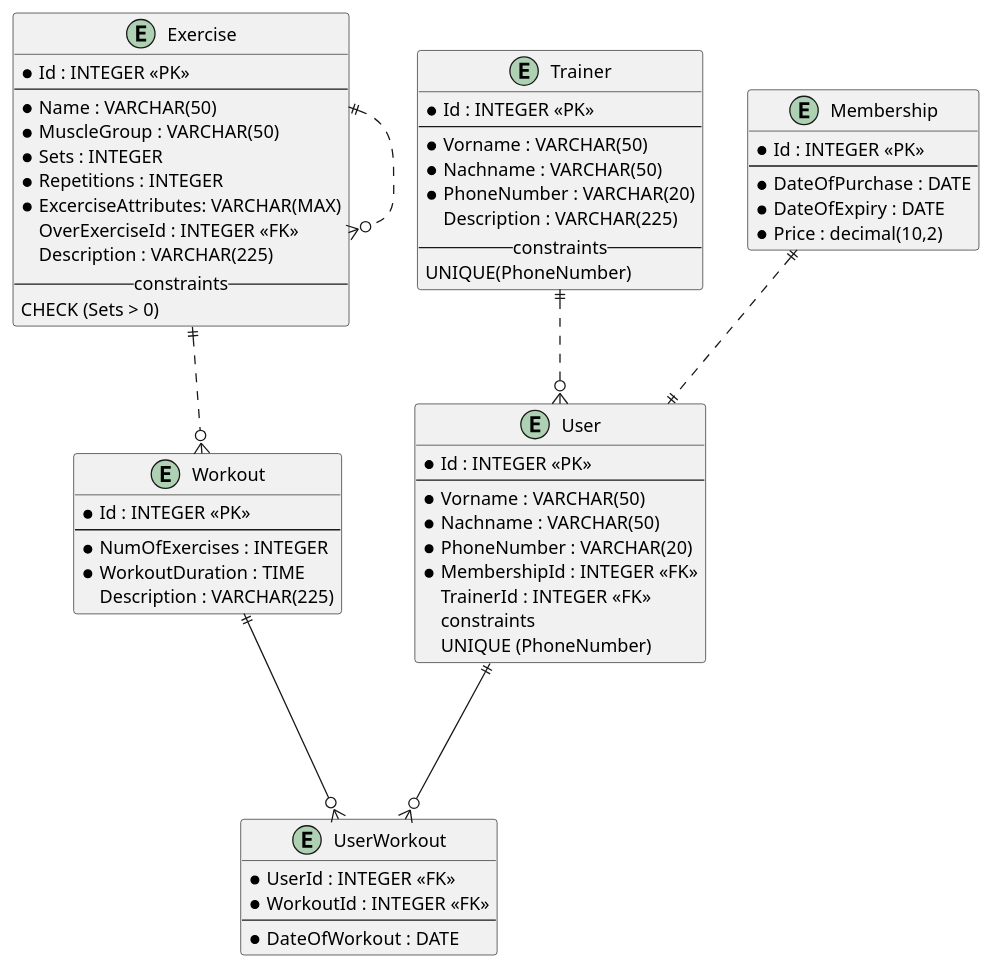
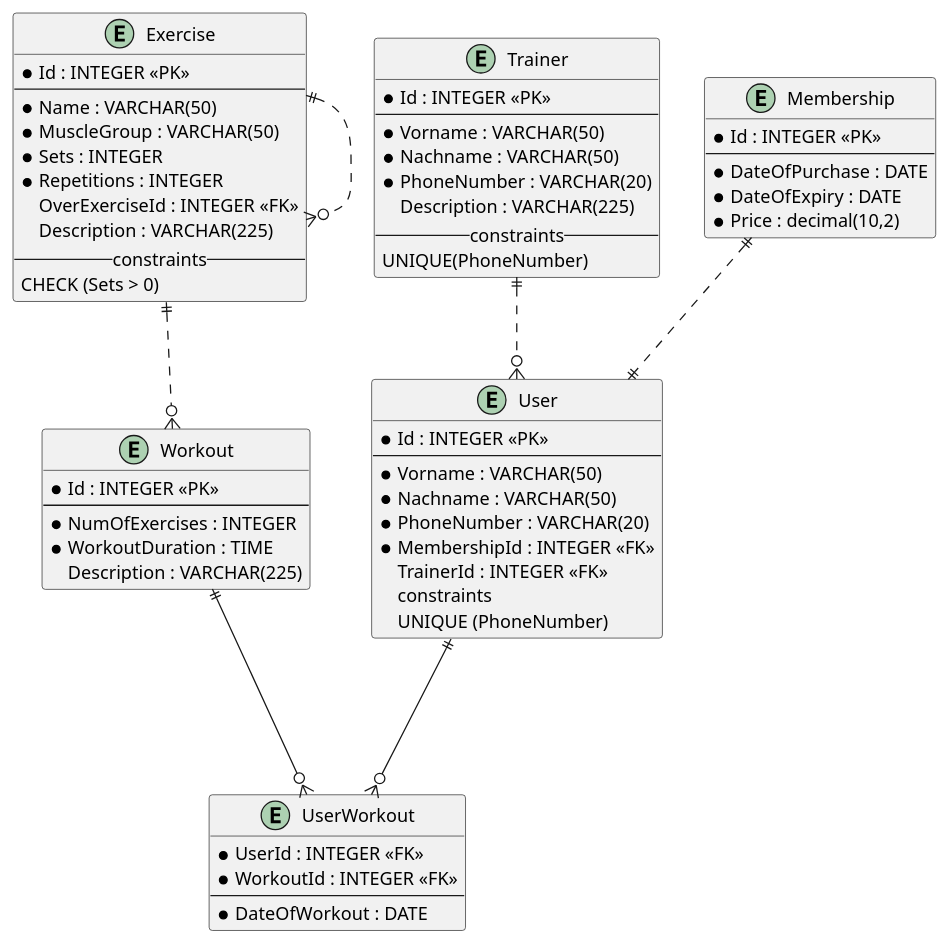
Before and after one commit to PeterMalinowski/FitnessModell: the diagram in Sommersemester/er_physical.puml, drawn with PlantUML. The commit also changed 1 other file, not shown here.

```diff
--- a/Sommersemester/er_physical.puml
+++ b/Sommersemester/er_physical.puml
@@ -1,71 +1,70 @@
 @startuml er_physical
 
 
 entity User{
     *Id : INTEGER <<PK>>
     ---
     *Vorname : VARCHAR(50)
     *Nachname : VARCHAR(50)
     *PhoneNumber : VARCHAR(20)
     *MembershipId : INTEGER <<FK>>
     TrainerId : INTEGER <<FK>>
     --constraints-- 
     UNIQUE (PhoneNumber)
 }
 
 entity Workout{
     *Id : INTEGER <<PK>>
     ---
     *NumOfExercises : INTEGER
     *WorkoutDuration : TIME
     Description : VARCHAR(225)
 }
 
 entity Exercise{
     *Id : INTEGER <<PK>>
     ---
     *Name : VARCHAR(50)
     *MuscleGroup : VARCHAR(50)
     *Sets : INTEGER
     *Repetitions : INTEGER
-    *ExcerciseAttributes: VARCHAR(MAX)
     OverExerciseId : INTEGER <<FK>>
     Description : VARCHAR(225)
     --constraints--
     CHECK (Sets > 0)
 }
 
 entity Trainer{
     *Id : INTEGER <<PK>>
     ---
     *Vorname : VARCHAR(50)
     *Nachname : VARCHAR(50)
     *PhoneNumber : VARCHAR(20)
     Description : VARCHAR(225)
     --constraints--
     UNIQUE(PhoneNumber)
 }
 
 entity Membership{
     *Id : INTEGER <<PK>>
     ---
     *DateOfPurchase : DATE
     *DateOfExpiry : DATE
     *Price : decimal(10,2)
 }
 
 entity UserWorkout{
     *UserId : INTEGER <<FK>>
     *WorkoutId : INTEGER <<FK>>
     ---
     *DateOfWorkout : DATE
 }
 
 User ||---o{ UserWorkout
 Workout ||---o{ UserWorkout
 Exercise ||..o{ Workout
 Trainer ||..o{ User
 Membership ||..|| User
 Exercise ||..o{ Exercise
 
 @enduml
```
